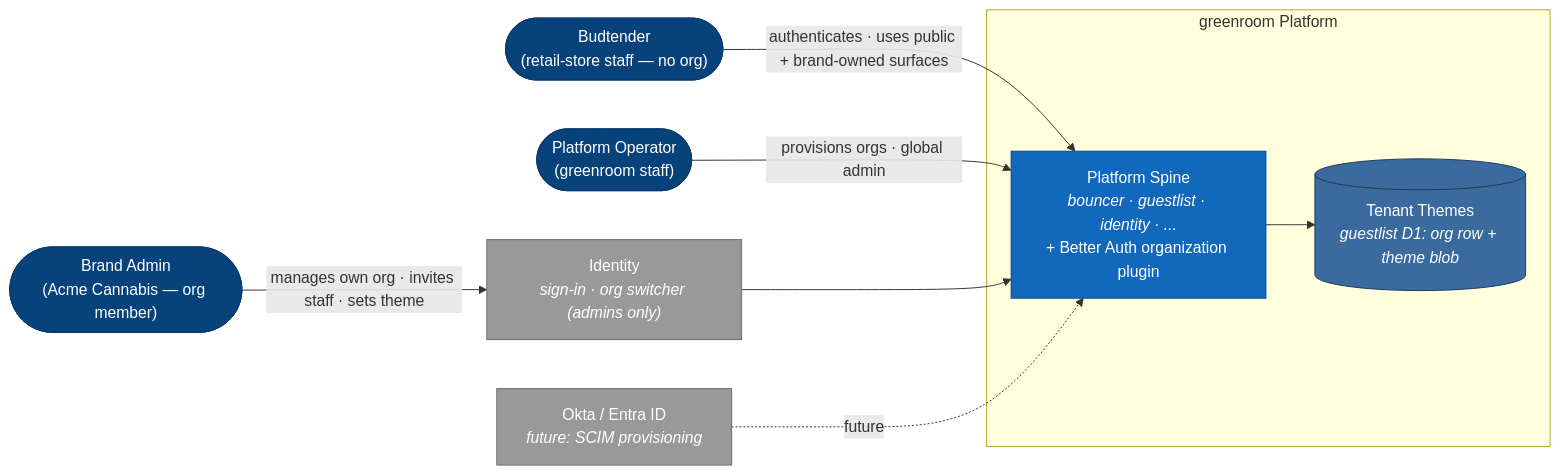
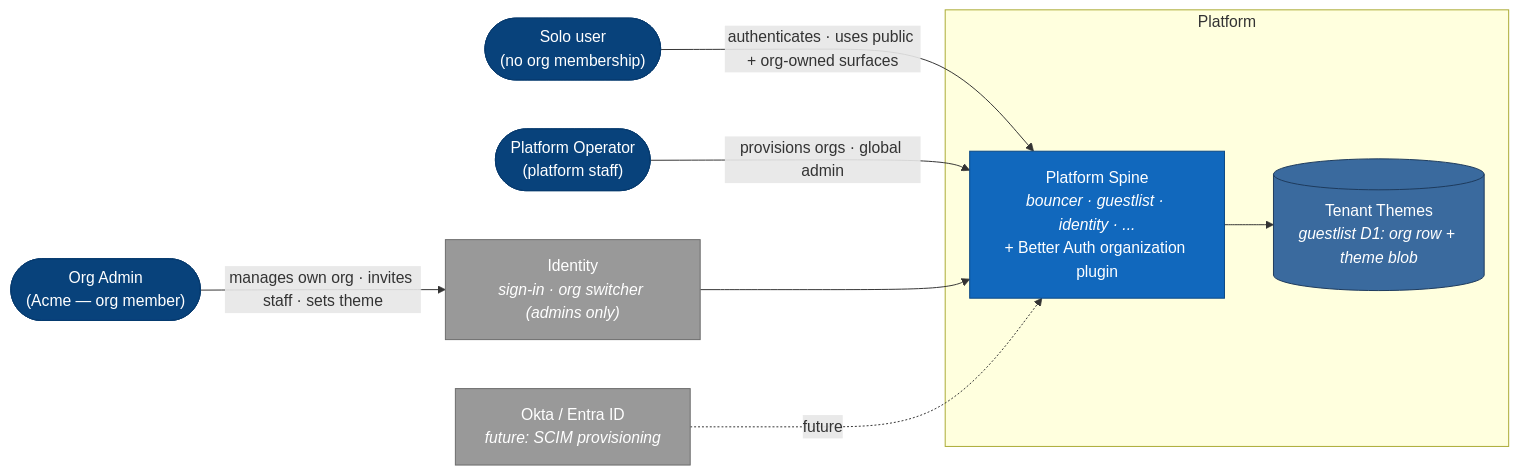
The first of 6 diagrams in docs/MULTI-TENANCY.md (apostolos-geyer/somewhatintelligent), drawn with Mermaid before and after one commit. The commit also changed other lines of this file and 68 other files, not shown here.

````diff
--- a/docs/MULTI-TENANCY.md
+++ b/docs/MULTI-TENANCY.md
@@ -91,26 +83,26 @@
 ```mermaid
 flowchart LR
-  brandAdmin(["Brand Admin<br/>(Acme Cannabis — org member)"]):::person
-  budtender(["Budtender<br/>(retail-store staff — no org)"]):::person
-  operator(["Platform Operator<br/>(greenroom staff)"]):::person
+  orgAdmin(["Org Admin<br/>(Acme — org member)"]):::person
+  soloUser(["Solo user<br/>(no org membership)"]):::person
+  operator(["Platform Operator<br/>(platform staff)"]):::person
 
-  subgraph greenroom["greenroom Platform"]
+  subgraph plat["Platform"]
     spine["Platform Spine<br/><i>bouncer · guestlist · identity · ...</i><br/>+ Better Auth organization plugin"]:::system
     themes[("Tenant Themes<br/><i>guestlist D1: org row + theme blob</i>")]:::store
   end
 
   identitysub["Identity<br/><i>sign-in · org switcher (admins only)</i>"]:::ext
   scim["Okta / Entra ID<br/><i>future: SCIM provisioning</i>"]:::ext
 
-  brandAdmin -->|"manages own org · invites staff · sets theme"| identitysub
-  budtender -->|"authenticates · uses public + brand-owned surfaces"| spine
+  orgAdmin -->|"manages own org · invites staff · sets theme"| identitysub
+  soloUser -->|"authenticates · uses public + org-owned surfaces"| spine
   operator -->|"provisions orgs · global admin"| spine
   identitysub --> spine
   spine --> themes
   scim -.->|"future"| spine
 
   classDef person fill:#08427b,stroke:#073b6f,color:#fff
   classDef system fill:#1168bd,stroke:#0b4884,color:#fff
   classDef store fill:#3a6a9e,stroke:#1d3a5c,color:#fff
   classDef ext fill:#999,stroke:#6b6b6b,color:#fff
 ```
````
